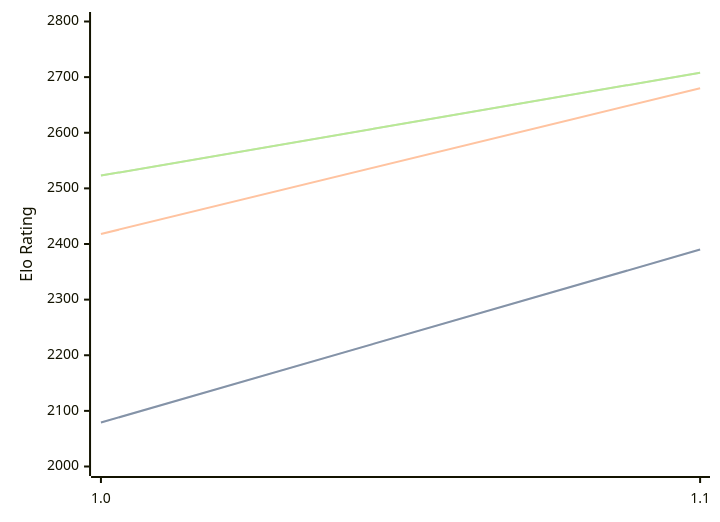
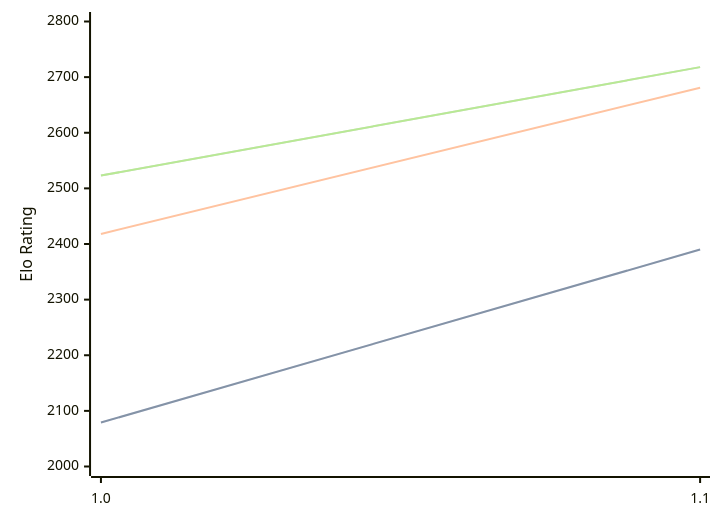
Before and after one commit to computer-chess-index/cci: the diagram in engines/Erinn.md, drawn with Mermaid. The commit also changed other lines of this file, not shown here.

Commit message:
Update CCI Ratings (ELO VLTC) - 2026-07-26

````diff
--- a/engines/Erinn.md
+++ b/engines/Erinn.md
@@ -32,11 +32,11 @@
 ```mermaid
 %%{init: {"theme":"base","themeVariables":{"seriesColors:['#a3a3a3','#222221','#faa371']}}}%%
 xychart-beta
   x-axis ["1.0", "1.1"]
   y-axis "Elo Rating" 2000 --> 2800
   line "STC (8.0+0.08s)" [2079, 2390]
   line "STC (8.0+0.08s)" [2079, 2390]
-  line "LTC (60.0+0.60s)" [2418, 2680]
-  line "VLTC (2m24s+1.12s)" [2523, 2708]
-  line "VLTC (2m24s+1.12s)" [2523, 2708]
+  line "LTC (60.0+0.60s)" [2418, 2681]
+  line "VLTC (2m24s+1.12s)" [2523, 2718]
+  line "VLTC (2m24s+1.12s)" [2523, 2718]
 ```
````
